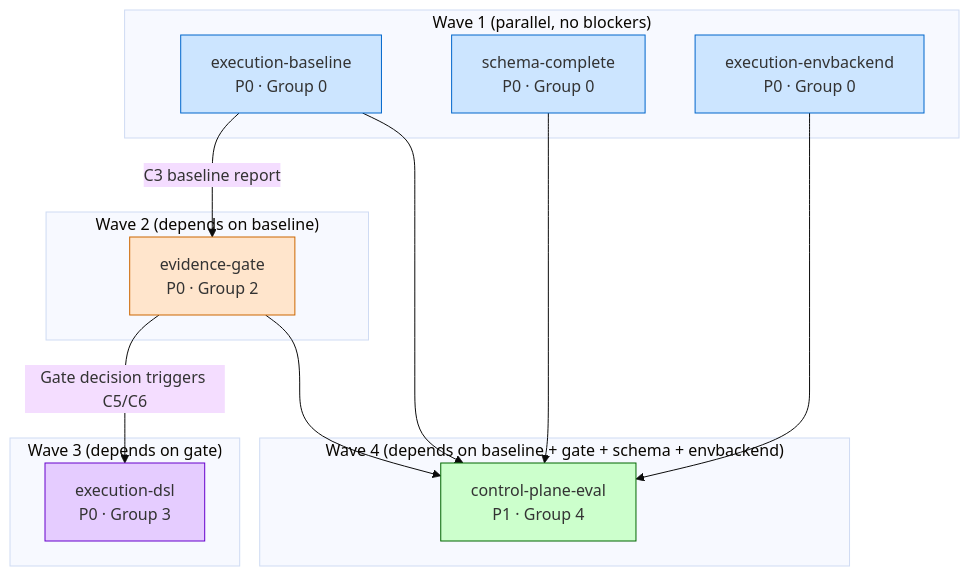
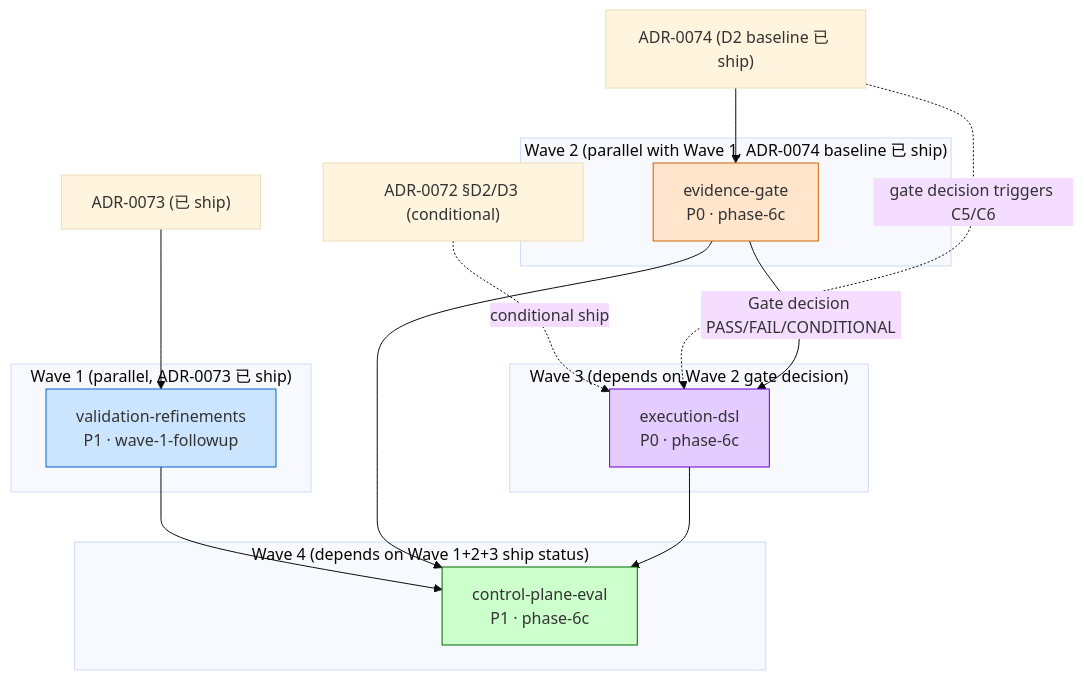
One commit to chisuhua/HydraForge changed the diagram in .rddf/state/.deps-output.md. Above: the diagram before and after it, drawn with Mermaid (base theme). The commit also changed other lines of this file and 7 other files, not shown here.

First line of the commit message:
chore(openspec): fill Wave-2 phase-6c artifacts (4 changes)

````diff
--- a/.rddf/state/.deps-output.md
+++ b/.rddf/state/.deps-output.md
@@ -46,37 +49,42 @@
 ```mermaid
-graph TD
-    subgraph "Wave 1 (parallel, no blockers)"
-        baseline["execution-baseline<br/>P0 · Group 0"]
-        schema["schema-complete<br/>P0 · Group 0"]
-        envbackend["execution-envbackend<br/>P0 · Group 0"]
+flowchart TB
+    ADR0073["ADR-0073 (已 ship)"]
+    ADR0074["ADR-0074 (D2 baseline 已 ship)"]
+    ADR0072["ADR-0072 §D2/D3 (conditional)"]
+
+    subgraph "Wave 1 (parallel, ADR-0073 已 ship)"
+        validation["validation-refinements<br/>P1 · wave-1-followup"]
     end
 
-    subgraph "Wave 2 (depends on baseline)"
-        gate["evidence-gate<br/>P0 · Group 2"]
+    subgraph "Wave 2 (parallel with Wave 1, ADR-0074 baseline 已 ship)"
+        gate["evidence-gate<br/>P0 · phase-6c"]
     end
 
-    subgraph "Wave 3 (depends on gate)"
-        dsl["execution-dsl<br/>P0 · Group 3"]
+    subgraph "Wave 3 (depends on Wave 2 gate decision)"
+        dsl["execution-dsl<br/>P0 · phase-6c"]
     end
 
-    subgraph "Wave 4 (depends on baseline + gate + schema + envbackend)"
-        eval["control-plane-eval<br/>P1 · Group 4"]
+    subgraph "Wave 4 (depends on Wave 1+2+3 ship status)"
+        eval["control-plane-eval<br/>P1 · phase-6c"]
     end
 
-    baseline -->|C3 baseline report| gate
-    gate -->|Gate decision triggers C5/C6| dsl
-    baseline --> eval
+    ADR0073 --> validation
+    ADR0074 --> gate
+    ADR0072 -.->|conditional ship| dsl
+    ADR0074 -.->|gate decision triggers C5/C6| dsl
+
+    gate -->|Gate decision PASS/FAIL/CONDITIONAL| dsl
+    validation --> eval
     gate --> eval
-    schema --> eval
-    envbackend --> eval
+    dsl --> eval
 
     classDef wave1 fill:#cce5ff,stroke:#0066cc
     classDef wave2 fill:#ffe5cc,stroke:#cc6600
     classDef wave3 fill:#e5ccff,stroke:#6600cc
     classDef wave4 fill:#ccffcc,stroke:#006600
 
-    class baseline,schema,envbackend wave1
+    class validation wave1
     class gate wave2
     class dsl wave3
     class eval wave4
 ```
````
